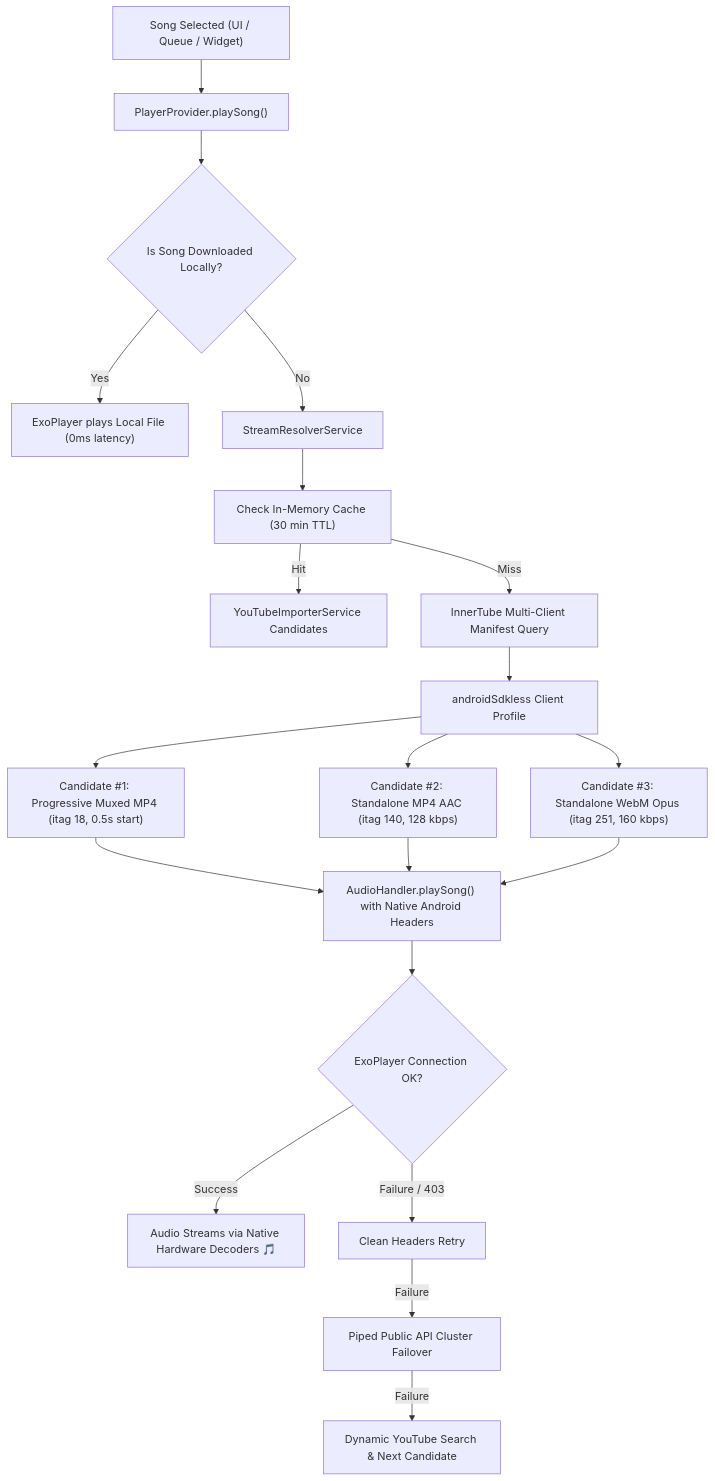
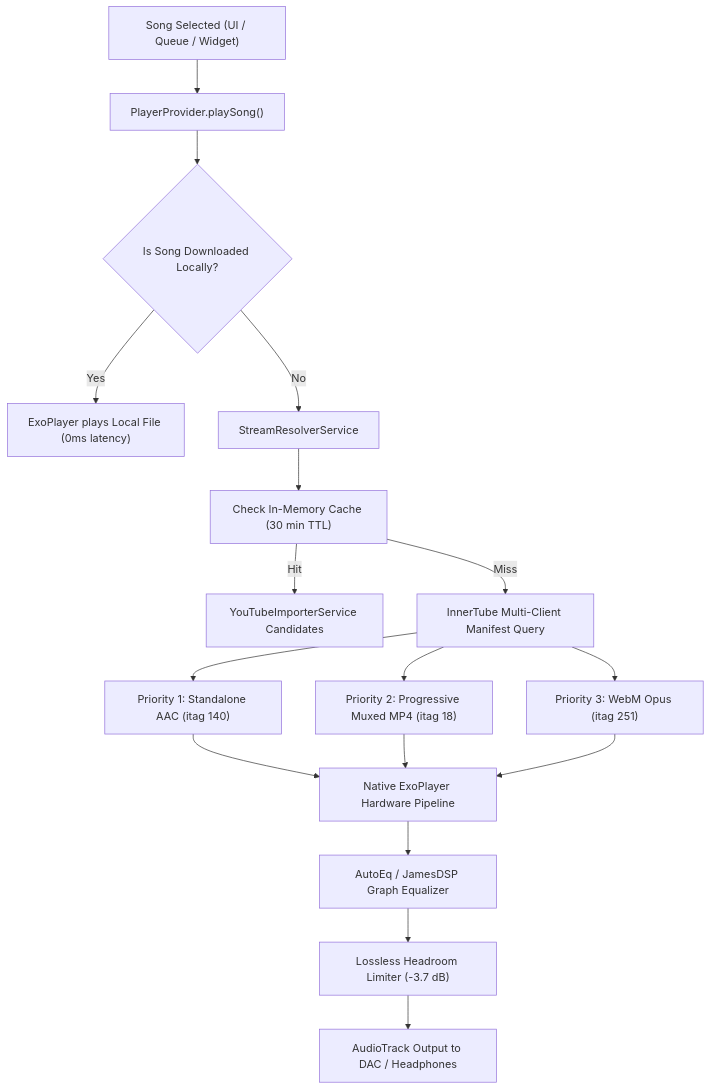
The diagram in README.md (taezeem14/Sine), drawn with Mermaid before and after one commit. The commit also changed other lines of this file and 26 other files, not shown here.

Commit message:
feat(v1.3.1): implement AutoEq/JamesDSP studio presets, curated genre explorer, pitch-speed headroom guard, and real app screenshots

````diff
--- a/README.md
+++ b/README.md
@@ -90,23 +132,20 @@
 ```mermaid
 flowchart TD
     A["Song Selected (UI / Queue / Widget)"] --> B["PlayerProvider.playSong()"]
     B --> C{"Is Song Downloaded Locally?"}
     C -- "Yes" --> D["ExoPlayer plays Local File (0ms latency)"]
     C -- "No" --> E["StreamResolverService"]
 
     E --> F["Check In-Memory Cache (30 min TTL)"]
     F -- "Hit" --> G["YouTubeImporterService Candidates"]
     F -- "Miss" --> H["InnerTube Multi-Client Manifest Query"]
 
-    H --> I["androidSdkless Client Profile"]
-    I --> J["Candidate #1: Progressive Muxed MP4 (itag 18, 0.5s start)"]
-    I --> K["Candidate #2: Standalone MP4 AAC (itag 140, 128 kbps)"]
-    I --> L["Candidate #3: Standalone WebM Opus (itag 251, 160 kbps)"]
+    H --> I["Priority 1: Standalone AAC (itag 140)"]
+    H --> J["Priority 2: Progressive Muxed MP4 (itag 18)"]
+    H --> K["Priority 3: WebM Opus (itag 251)"]
 
-    J & K & L --> M["AudioHandler.playSong() with Native Android Headers"]
-    M --> N{"ExoPlayer Connection OK?"}
-    N -- "Success" --> O["Audio Streams via Native Hardware Decoders 🎵"]
-    N -- "Failure / 403" --> P["Clean Headers Retry"]
-    P -- "Failure" --> Q["Piped Public API Cluster Failover"]
-    Q -- "Failure" --> R["Dynamic YouTube Search & Next Candidate"]
+    I & J & K --> L["Native ExoPlayer Hardware Pipeline"]
+    L --> M["AutoEq / JamesDSP Graph Equalizer"]
+    M --> N["Lossless Headroom Limiter (-3.7 dB)"]
+    N --> O["AudioTrack Output to DAC / Headphones"]
 ```
````
